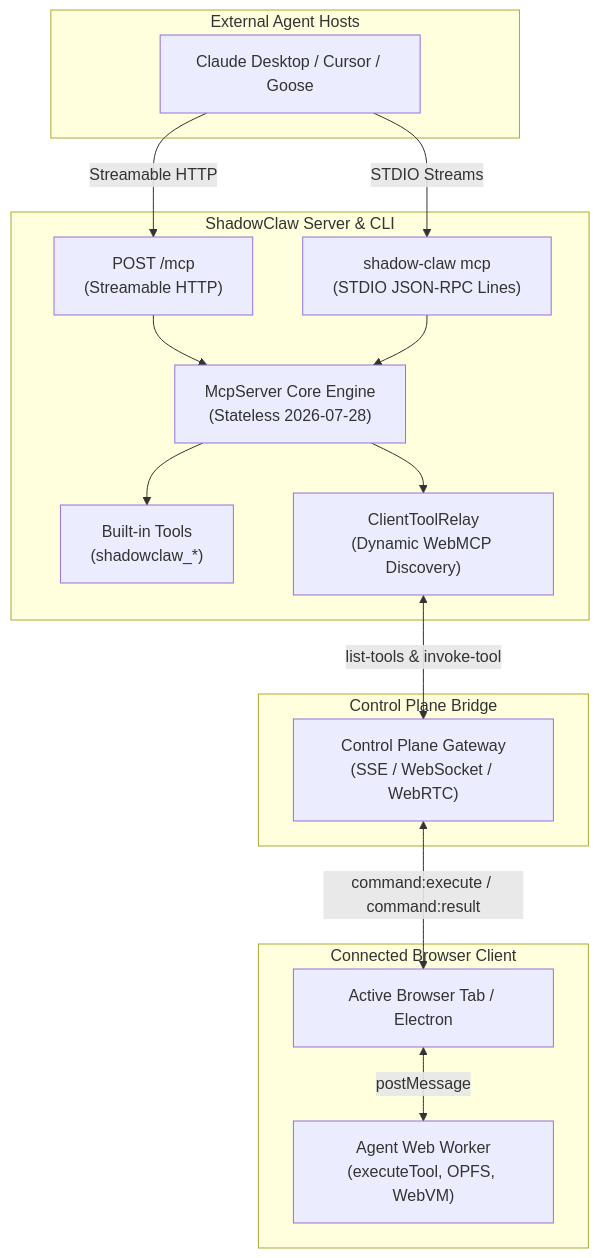
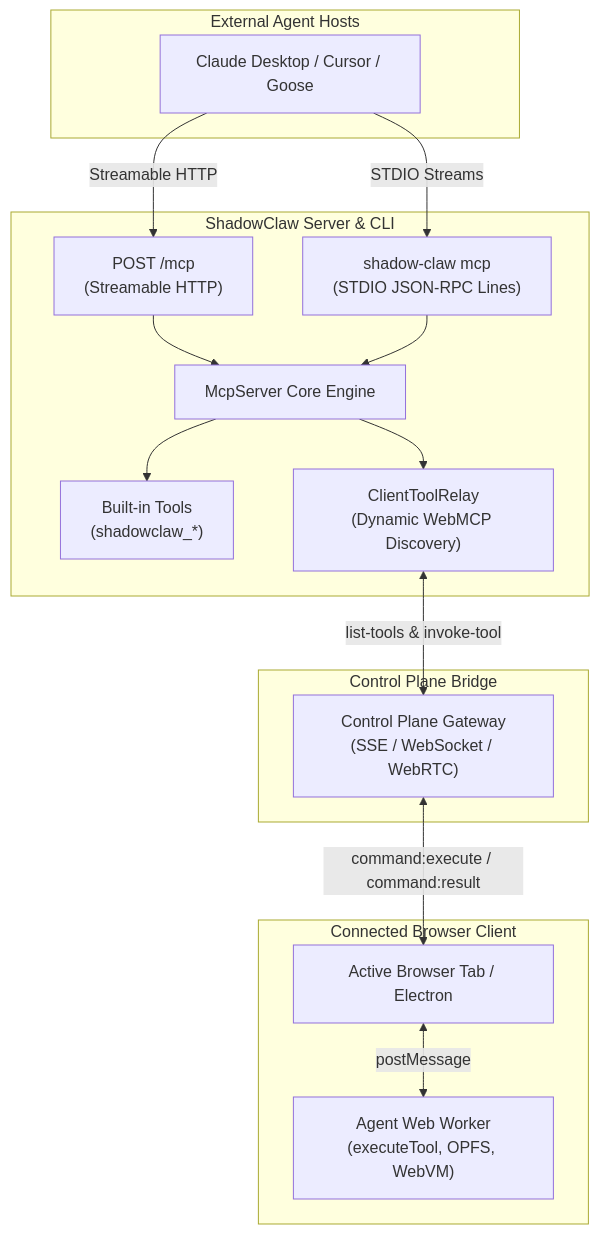
The diagram in docs/subsystems/mcp-server.md (xt-ml/shadow-claw), drawn with Mermaid before and after one commit. The commit also changed other lines of this file and 61 other files, not shown here.

````diff
--- a/docs/subsystems/mcp-server.md
+++ b/docs/subsystems/mcp-server.md
@@ -21,33 +21,33 @@
 ```mermaid
 graph TB
     subgraph External ["External Agent Hosts"]
         CLAUDE["Claude Desktop / Cursor / Goose"]
     end
 
     subgraph ShadowClawServer ["ShadowClaw Server & CLI"]
         HTTP_ENDPOINT["POST /mcp<br>(Streamable HTTP)"]
         STDIO_ENDPOINT["shadow-claw mcp<br>(STDIO JSON-RPC Lines)"]
-        ENGINE["McpServer Core Engine<br>(Stateless 2026-07-28)"]
+        ENGINE["McpServer Core Engine<br>"]
         BUILTIN["Built-in Tools<br>(shadowclaw_*)"]
         RELAY["ClientToolRelay<br>(Dynamic WebMCP Discovery)"]
     end
 
     subgraph ControlPlane ["Control Plane Bridge"]
         CP_GW["Control Plane Gateway<br>(SSE / WebSocket / WebRTC)"]
     end
 
     subgraph Browser ["Connected Browser Client"]
         TAB["Active Browser Tab / Electron"]
         WORKER["Agent Web Worker<br>(executeTool, OPFS, WebVM)"]
     end
 
     CLAUDE -->|Streamable HTTP| HTTP_ENDPOINT
     CLAUDE -->|STDIO Streams| STDIO_ENDPOINT
     HTTP_ENDPOINT --> ENGINE
     STDIO_ENDPOINT --> ENGINE
     ENGINE --> BUILTIN
     ENGINE --> RELAY
     RELAY <-->|list-tools & invoke-tool| CP_GW
     CP_GW <-->|command:execute / command:result| TAB
     TAB <-->|postMessage| WORKER
 ```
````
